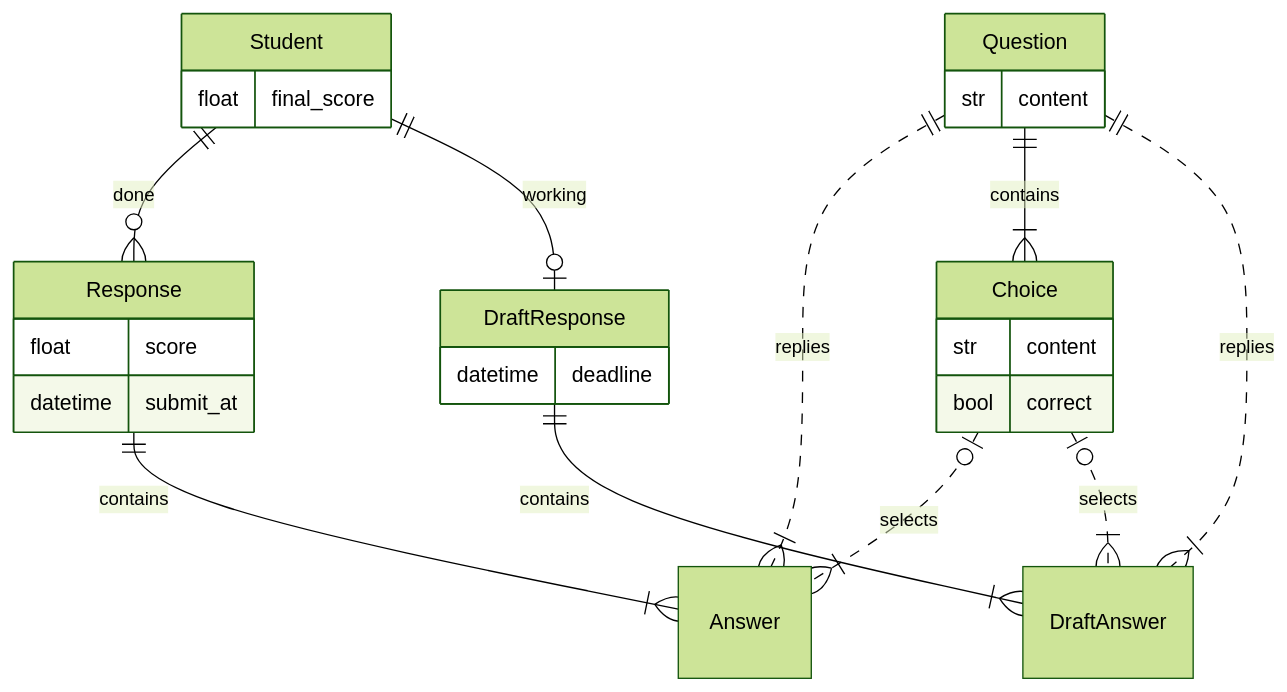
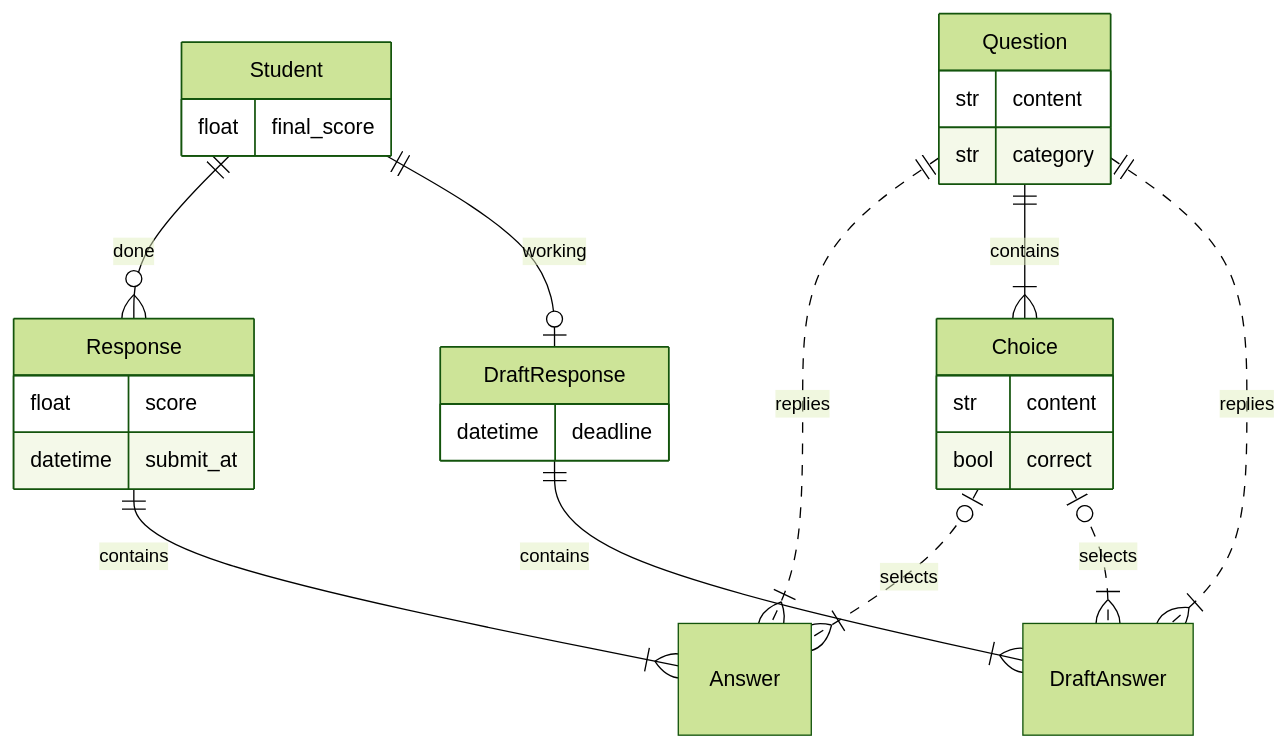
The diagram in doc/models.md (BITNP/contest-bitnp), drawn with Mermaid (forest theme) before and after one commit.

Commit message:
doc: `question.category`

````diff
--- a/doc/models.md
+++ b/doc/models.md
@@ -11,36 +11,37 @@
 ```mermaid
 erDiagram
     Student {
         float final_score
     }
 
 
     Response ||--|{ Answer: contains
     Response {
         float score
         datetime submit_at
     }
     Question ||..|{ Answer: replies
     Choice o|..|{ Answer: selects
 
     Student ||--o{ Response: done
 
 
     Question {
         str content
+        str category
     }
     Choice {
         str content
         bool correct
     }
     Question ||--|{ Choice: contains
 
     DraftResponse ||--|{ DraftAnswer: contains
     DraftResponse {
         datetime deadline
     }
     Question ||..|{ DraftAnswer: replies
     Choice o|..|{ DraftAnswer: selects
 
     Student ||--o| DraftResponse: working
 ```
````
